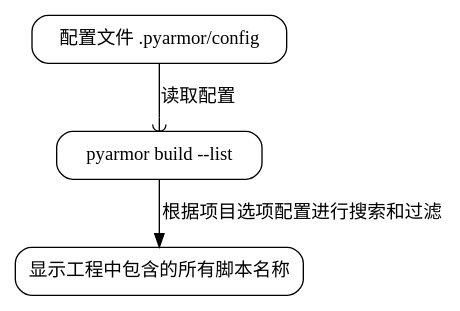
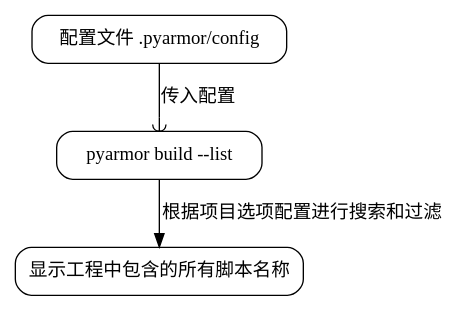
The fifth of 10 diagrams in pyarmor/learn/zh/commands.rst (dashingsoft/dashingsoft.github.io), drawn with Graphviz before and after one commit. The commit also changed other lines of this file, not shown here.

Commit message:
Refine label

```diff
--- a/pyarmor/learn/zh/commands.rst
+++ b/pyarmor/learn/zh/commands.rst
@@ -122,16 +122,16 @@
 .. graphviz::
    :caption: 列出工程中包含的脚本/模块/包
    :align: center
    :name: g-list-project-items
 
    digraph G {
       node [shape=box, style=rounded, target="_top"]
 
       conf [label="配置文件 .pyarmor/config"
             href="../../docs/zh/configuration.html"]
       build [label="pyarmor build --list"]
       items [label="显示工程中包含的所有脚本名称"]
 
-      conf -> build [label="读取配置" arrowhead=curve]
+      conf -> build [label="传入配置" arrowhead=curve]
       build -> items [label="根据项目选项配置进行搜索和过滤"]
    }
```
